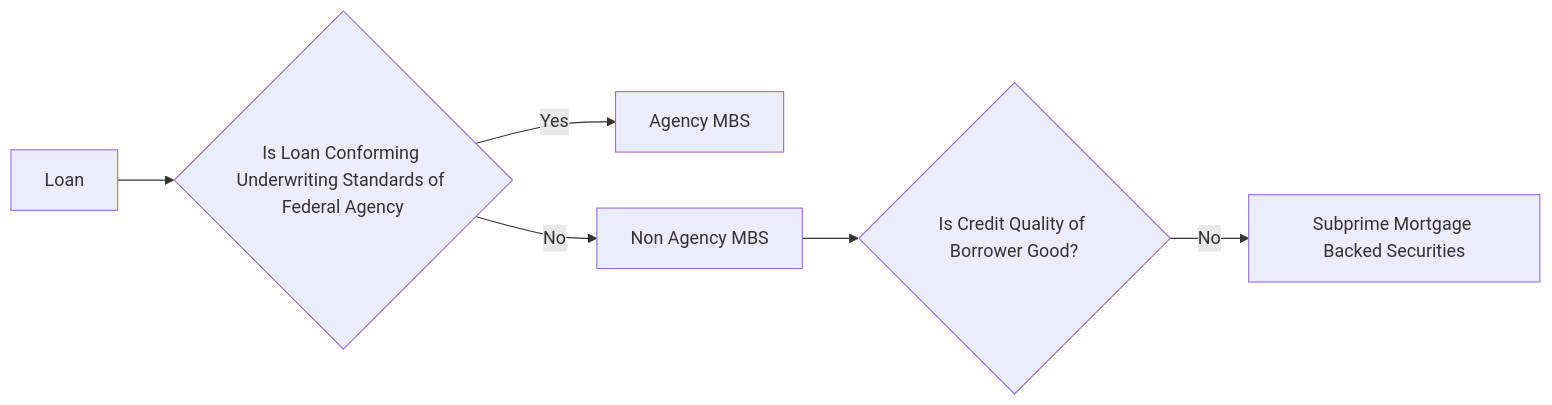
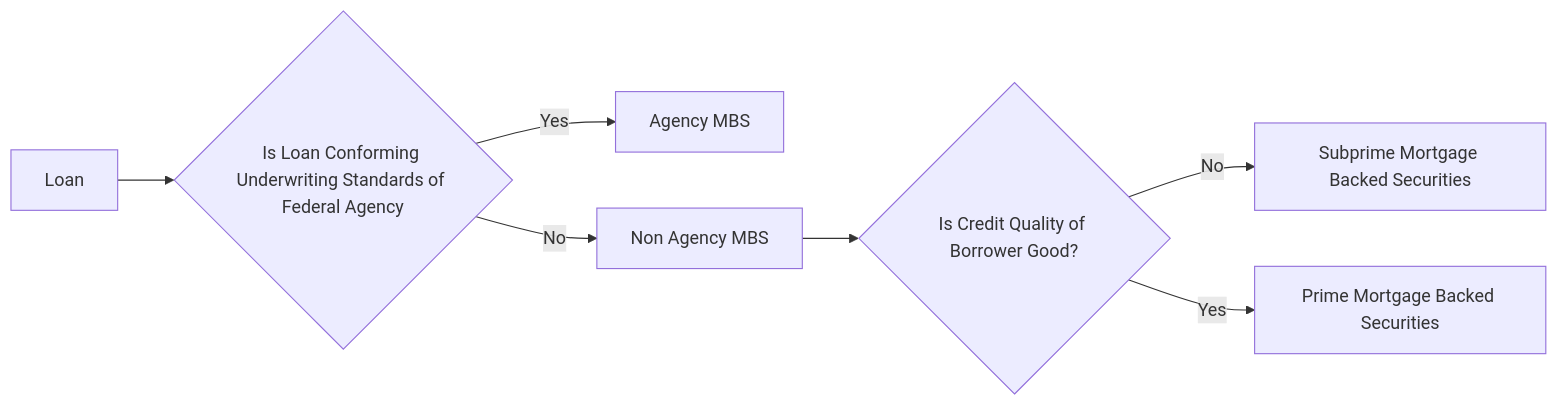
The diagram in fixed_income/Introduction.qmd (tommandru/tommandru.github.io), drawn with Mermaid before and after one commit. The commit also changed other lines of this file and 2 other files, not shown here.

````diff
--- a/fixed_income/Introduction.qmd
+++ b/fixed_income/Introduction.qmd
@@ -22,9 +22,10 @@
 ```{mermaid}
 %%| label: fig-MBS
 %%| fig-cap: "Mortgage Backed Securities Classification"
 flowchart LR
   A[Loan] --> C{Is Loan Conforming Underwriting Standards of Federal Agency}
   C -->|Yes| D[Agency MBS] 
   C -->|No|E[Non Agency MBS] --> F{Is Credit Quality of Borrower Good?}
   F -->|No| G[Subprime Mortgage Backed Securities]
+  F -->|Yes| H[Prime Mortgage Backed Securities]
 ```
````
